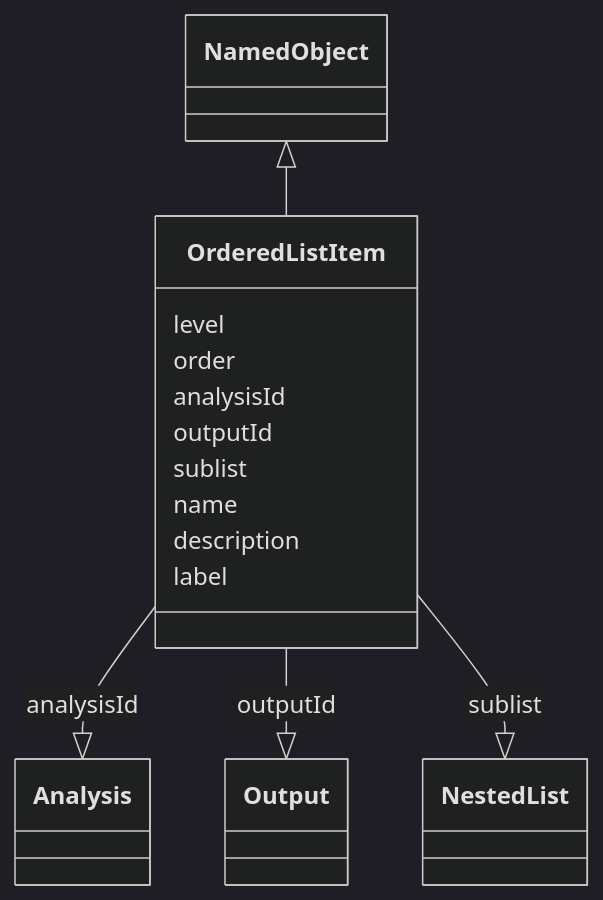
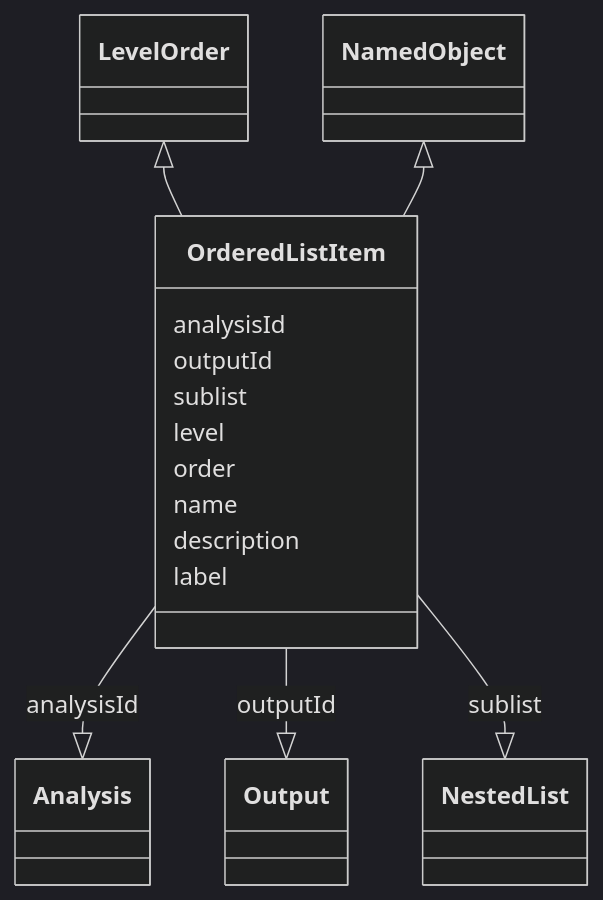
Before and after one commit to cdisc-org/analysis-results-standard: the diagram in project/docs/OrderedListItem.md, drawn with Mermaid (dark theme). The commit also changed other lines of this file and 174 other files, not shown here.

````diff
--- a/project/docs/OrderedListItem.md
+++ b/project/docs/OrderedListItem.md
@@ -13,18 +13,18 @@
 ```mermaid
  classDiagram
     class OrderedListItem
-      NamedObject <|-- OrderedListItem
-
-      OrderedListItem : level
-        OrderedListItem : order
-        OrderedListItem : analysisId
+      LevelOrder <|-- OrderedListItem        
+      NamedObject <|-- OrderedListItem        
+      OrderedListItem : analysisId
         OrderedListItem --|> Analysis : analysisId
         OrderedListItem : outputId
         OrderedListItem --|> Output : outputId
         OrderedListItem : sublist
         OrderedListItem --|> NestedList : sublist
+        OrderedListItem : level
+        OrderedListItem : order
         OrderedListItem : name
         OrderedListItem : description
         OrderedListItem : label
         
 ```
````
